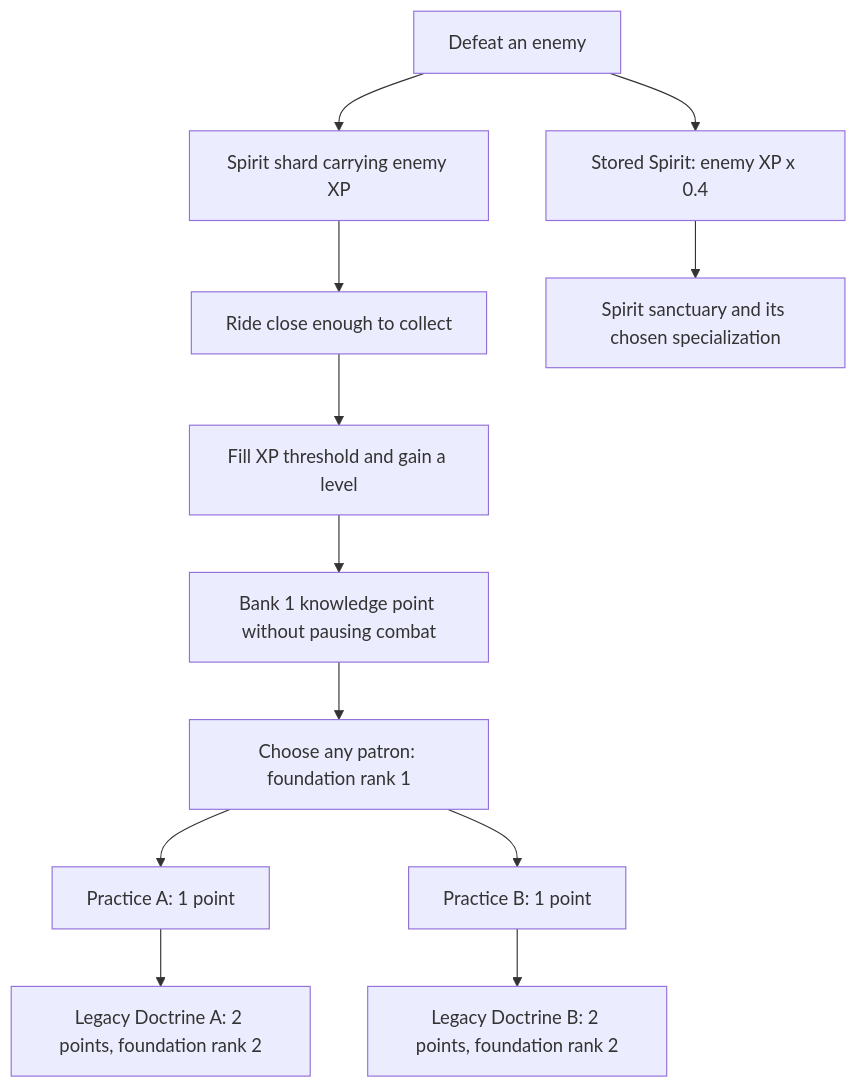
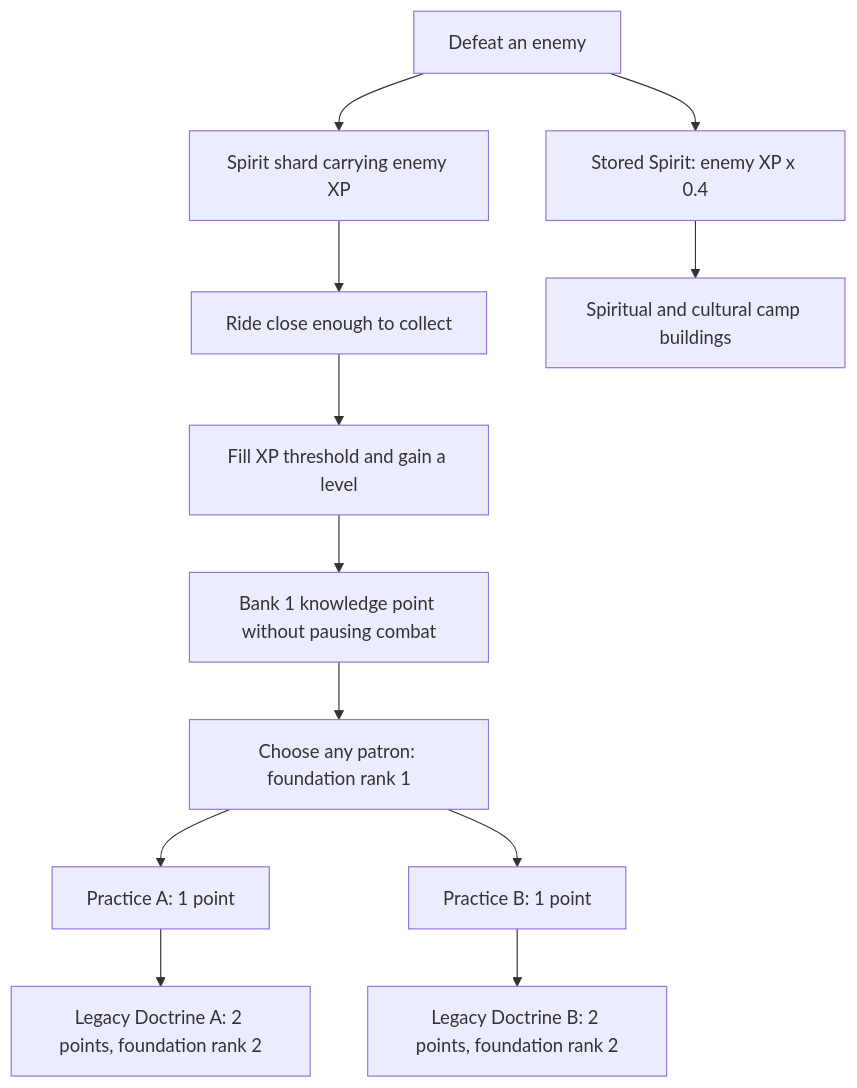
One commit to llee05/hordes-of-the-fallen-sky changed the diagram in docs/game-mechanics.md. Above: the diagram before and after it, drawn with Mermaid. The commit also changed other lines of this file and 7 other files, not shown here.

````diff
--- a/docs/game-mechanics.md
+++ b/docs/game-mechanics.md
@@ -104,14 +104,14 @@
 ```mermaid
 flowchart TD
     Enemy[Defeat an enemy] --> Shard[Spirit shard carrying enemy XP]
     Enemy --> Spirit[Stored Spirit: enemy XP x 0.4]
     Shard --> Collect[Ride close enough to collect]
     Collect --> Level[Fill XP threshold and gain a level]
     Level --> Points[Bank 1 knowledge point without pausing combat]
     Points --> Foundation[Choose any patron: foundation rank 1]
     Foundation --> A[Practice A: 1 point]
     Foundation --> B[Practice B: 1 point]
     A --> CapstoneA[Legacy Doctrine A: 2 points, foundation rank 2]
     B --> CapstoneB[Legacy Doctrine B: 2 points, foundation rank 2]
-    Spirit --> Sanctuary[Spirit sanctuary and its chosen specialization]
+    Spirit --> Camp[Spiritual and cultural camp buildings]
 ```
````
